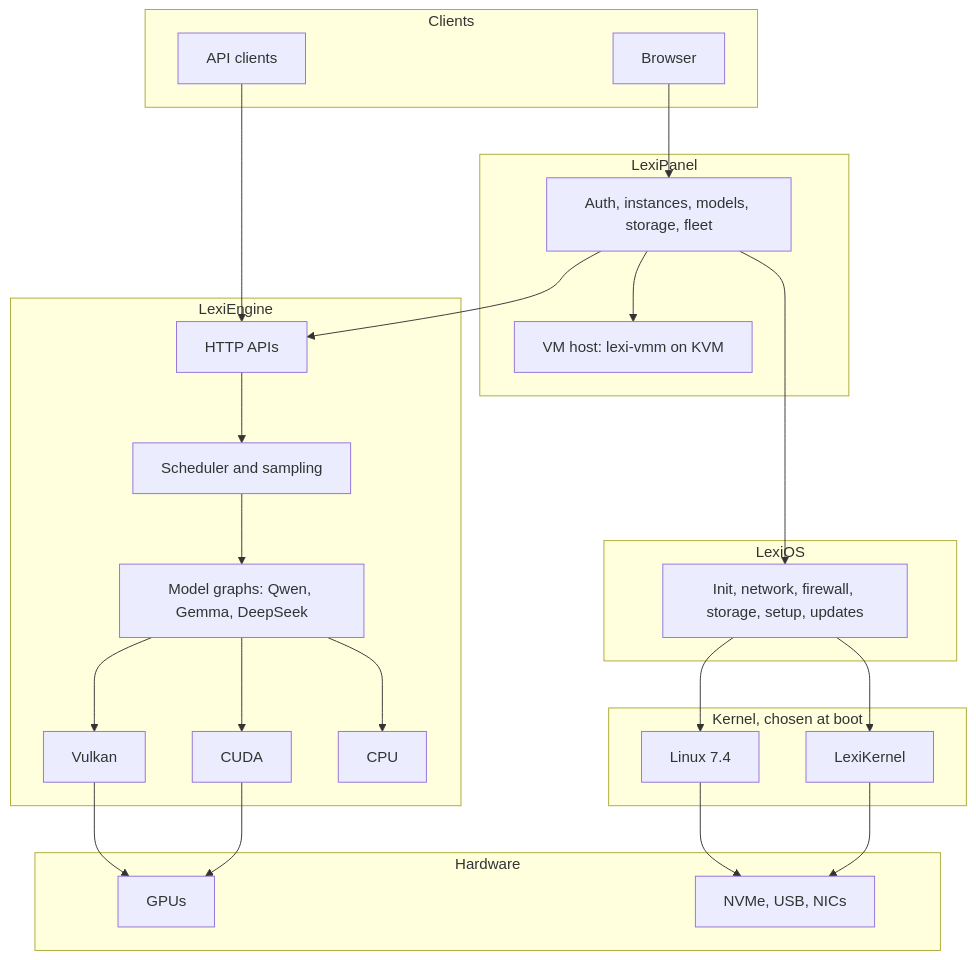
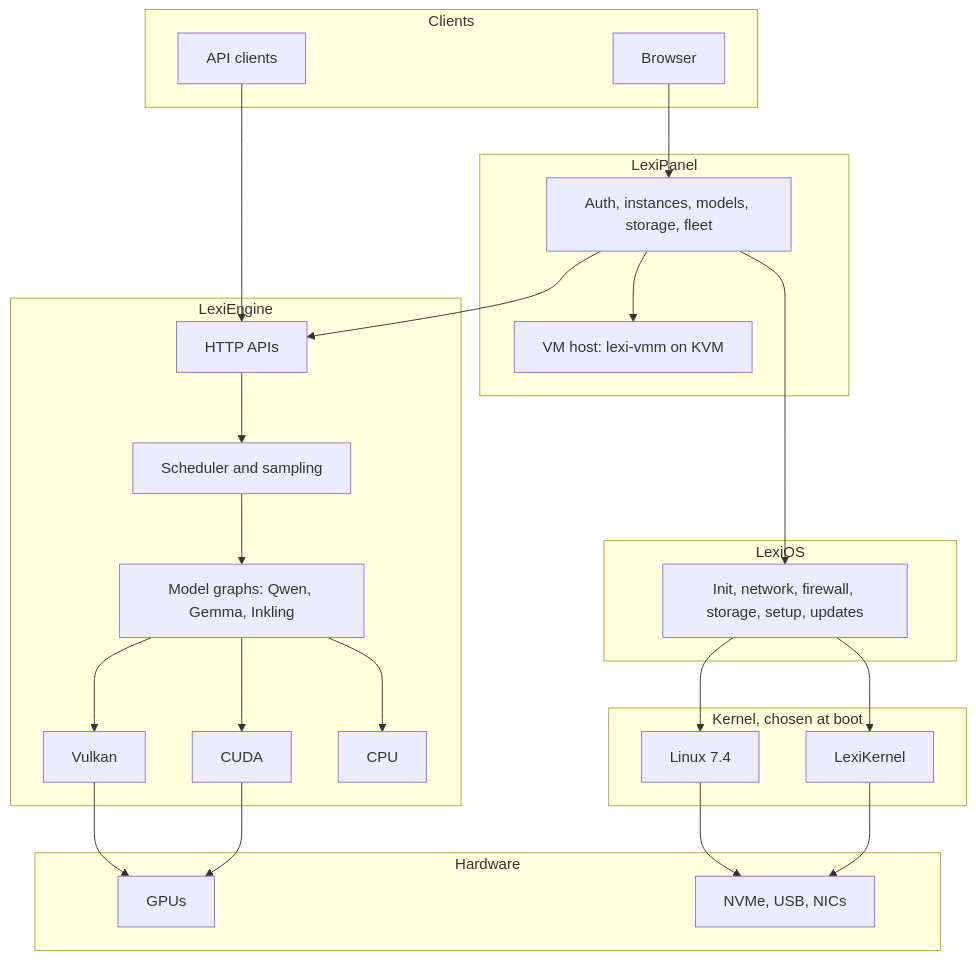
One commit to W61k3r/LexiSuite-Releases changed the diagram in README.md. Above: the diagram before and after it, drawn with Mermaid. The commit also changed other lines of this file, not shown here.

Commit message:
README: counts, model list and headline table brought up to version 3a376f8

````diff
--- a/README.md
+++ b/README.md
@@ -341,46 +345,46 @@
 ```mermaid
 flowchart TB
     subgraph clients [Clients]
         B[Browser]
         A[API clients]
     end
 
     subgraph panel [LexiPanel]
         P[Auth, instances, models, storage, fleet]
         VM[VM host: lexi-vmm on KVM]
     end
 
     subgraph engine [LexiEngine]
         H[HTTP APIs]
         S[Scheduler and sampling]
-        M[Model graphs: Qwen, Gemma, DeepSeek]
+        M[Model graphs: Qwen, Gemma, Inkling]
         V[Vulkan]
         C[CUDA]
         U[CPU]
     end
 
     subgraph os [LexiOS]
         O[Init, network, firewall, storage, setup, updates]
     end
 
     subgraph kernels [Kernel, chosen at boot]
         L[Linux 7.4]
         K[LexiKernel]
     end
 
     subgraph hw [Hardware]
         G[GPUs]
         N[NVMe, USB, NICs]
     end
 
     B --> P
     A --> H
     P --> H
     H --> S --> M
     M --> V & C & U
     P --> O
     P --> VM
     O --> L & K
     V & C --> G
     L & K --> N
 ```
````
